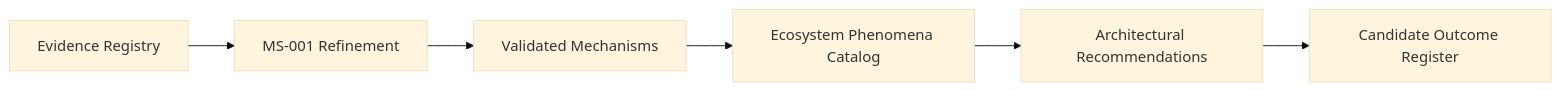
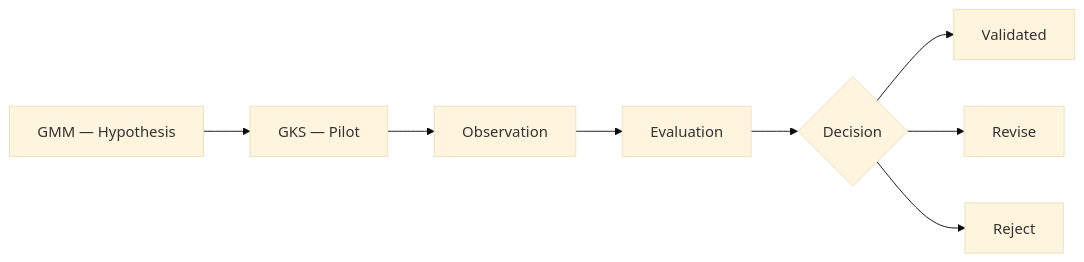
The diagram in docs/roadmap.md (guivos-repositorio/Guivos-Knowledge-Repository), drawn with Mermaid (base theme) before and after one commit. The commit also changed other lines of this file, not shown here.

Commit message:
docs(roadmap): add M2.0 architectural evolution experiment

````diff
--- a/docs/roadmap.md
+++ b/docs/roadmap.md
@@ -99,8 +120,10 @@
 ```mermaid
 graph LR
-    ER[Evidence Registry] --> MS[MS-001 Refinement]
-    MS --> VM[Validated Mechanisms]
-    VM --> EPC[Ecosystem Phenomena Catalog]
-    EPC --> AR[Architectural Recommendations]
-    AR --> COR[Candidate Outcome Register]
+    H[GMM — Hypothesis] --> P[GKS — Pilot]
+    P --> O[Observation]
+    O --> E[Evaluation]
+    E --> D{Decision}
+    D --> V[Validated]
+    D --> R[Revise]
+    D --> X[Reject]
 ```
````
